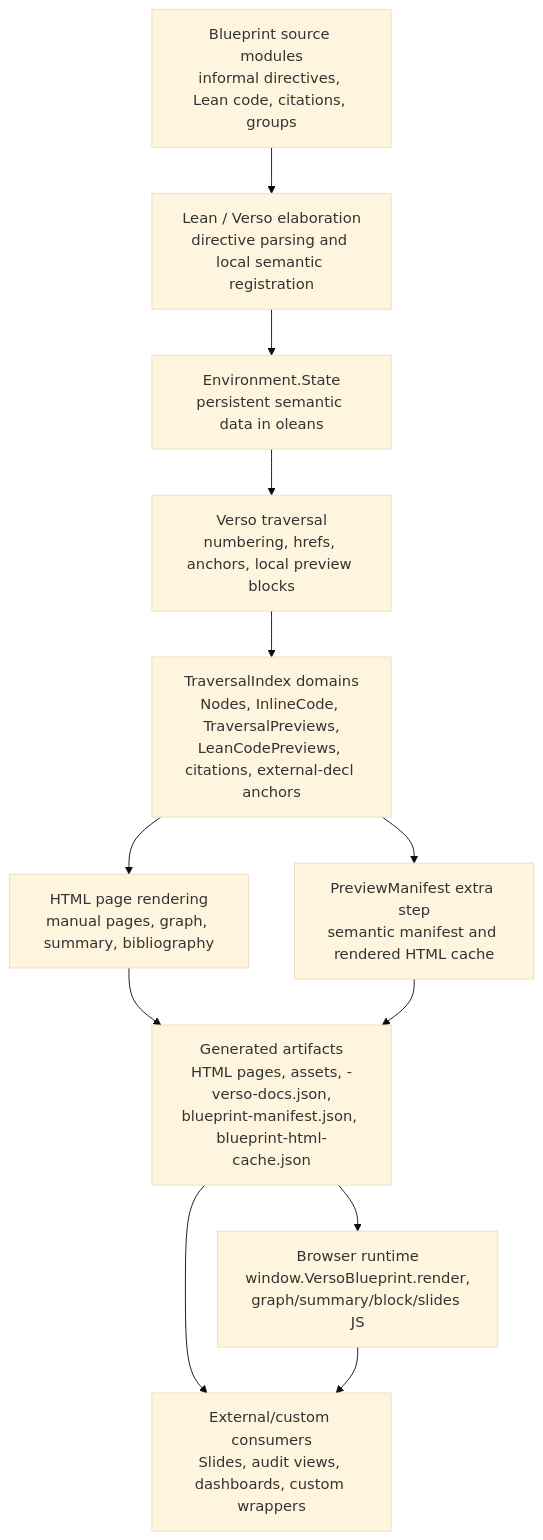
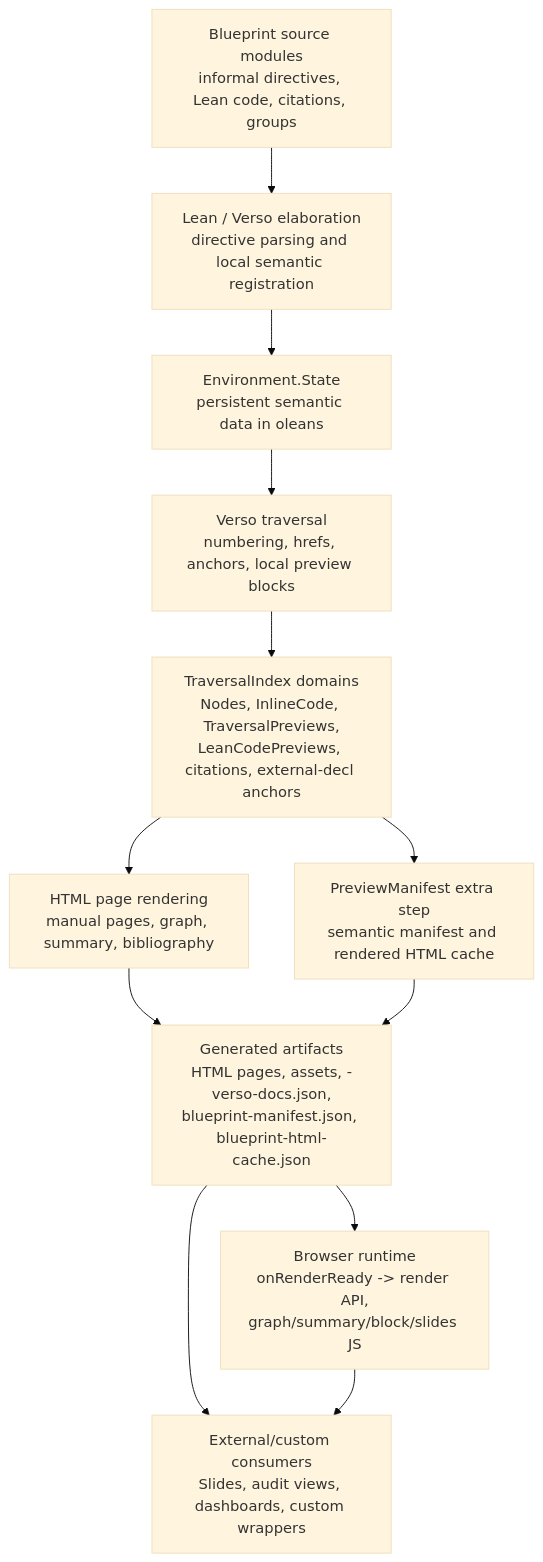
One commit to eric-vergo/Showcase changed the first of 2 diagrams in doc/DESIGN_RATIONALE.md. Above: the diagram before and after it, drawn with Mermaid (base theme). The commit also changed other lines of this file and 11 other files, not shown here.

Commit message:
refactor: clarify preview render API tiers

````diff
--- a/doc/DESIGN_RATIONALE.md
+++ b/doc/DESIGN_RATIONALE.md
@@ -131,25 +131,25 @@
 ```mermaid
 flowchart TD
   source["Blueprint source modules<br/>informal directives, Lean code, citations, groups"]
   elab["Lean / Verso elaboration<br/>directive parsing and local semantic registration"]
   env["Environment.State<br/>persistent semantic data in oleans"]
   traverse["Verso traversal<br/>numbering, hrefs, anchors, local preview blocks"]
   indexes["TraversalIndex domains<br/>Nodes, InlineCode, TraversalPreviews,<br/>LeanCodePreviews, citations, external-decl anchors"]
   render["HTML page rendering<br/>manual pages, graph, summary, bibliography"]
   manifest["PreviewManifest extra step<br/>semantic manifest and rendered HTML cache"]
   artifacts["Generated artifacts<br/>HTML pages, assets, -verso-docs.json,<br/>blueprint-manifest.json, blueprint-html-cache.json"]
-  browser["Browser runtime<br/>window.VersoBlueprint.render,<br/>graph/summary/block/slides JS"]
+  browser["Browser runtime<br/>onRenderReady -> render API,<br/>graph/summary/block/slides JS"]
   consumers["External/custom consumers<br/>Slides, audit views, dashboards, custom wrappers"]
 
   source --> elab
   elab --> env
   env --> traverse
   traverse --> indexes
   indexes --> render
   indexes --> manifest
   render --> artifacts
   manifest --> artifacts
   artifacts --> browser
   artifacts --> consumers
   browser --> consumers
 ```
````
